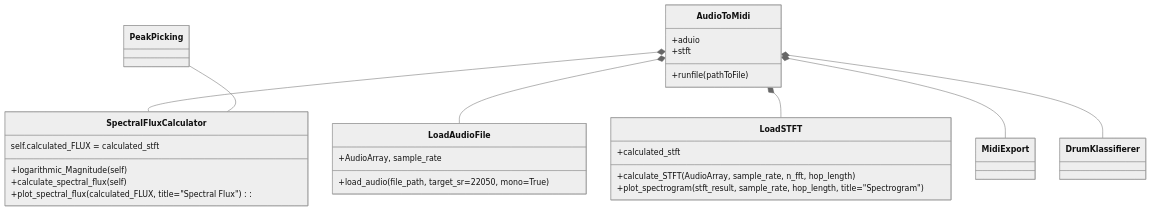
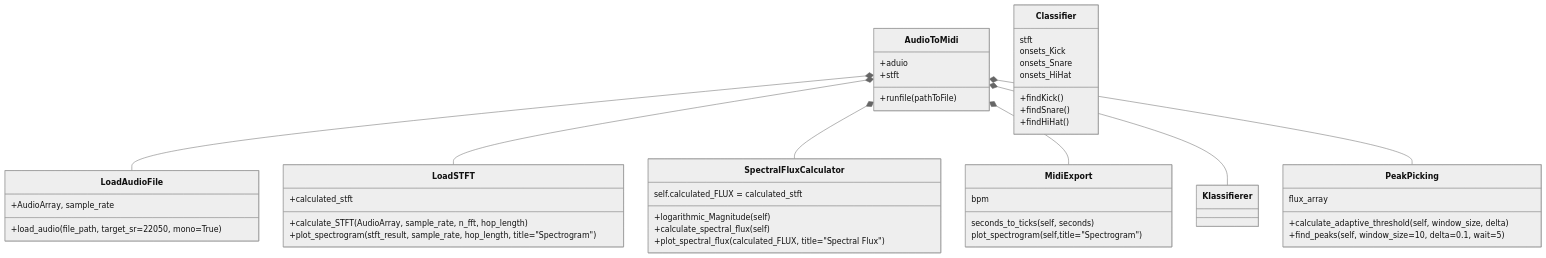
Before and after one commit to petwie/Audio-to-MIDI: the diagram in ClassDiagramm/Classes.mmd, drawn with Mermaid (neutral theme). The commit also changed other lines of this file and 3 other files, not shown here.

```diff
--- a/ClassDiagramm/Classes.mmd
+++ b/ClassDiagramm/Classes.mmd
@@ -1,49 +1,64 @@
 classDiagram
 
 direction TB
     class LoadAudioFile{
 
         +AudioArray, sample_rate
         +load_audio(file_path, target_sr=22050, mono=True)
         
     }
 
     class SpectralFluxCalculator{
 
         self.calculated_FLUX = calculated_stft
         
         +logarithmic_Magnitude(self)
         +calculate_spectral_flux(self)
-        +plot_spectral_flux(calculated_FLUX, title="Spectral Flux"):
+        +plot_spectral_flux(calculated_FLUX, title="Spectral Flux")
 
     }
 
     class PeakPicking{
+        flux_array
+
+        +calculate_adaptive_threshold(self, window_size, delta)
+        +find_peaks(self, window_size=10, delta=0.1, wait=5)
+
     }
 
     class AudioToMidi{
         +aduio
         +stft
         +runfile(pathToFile)
     }
 
     class MidiExport{
+        bpm
+        seconds_to_ticks(self, seconds)
+        plot_spectrogram(self,title="Spectrogram")
 
     }
 
-    class DrumKlassifierer{
+    class Classifier{
+        stft
+        onsets_Kick
+        onsets_Snare
+        onsets_HiHat
 
+        +findKick()
+        +findSnare()
+        +findHiHat()
     }
 
     class  LoadSTFT{
         +calculated_stft
         +calculate_STFT(AudioArray, sample_rate, n_fft, hop_length)
         +plot_spectrogram(stft_result, sample_rate, hop_length, title="Spectrogram")
     }
 
     AudioToMidi *-- LoadAudioFile
     AudioToMidi *-- LoadSTFT
     AudioToMidi *-- SpectralFluxCalculator
     AudioToMidi *-- MidiExport
-    AudioToMidi *-- DrumKlassifierer
-    PeakPicking -- SpectralFluxCalculator
+    AudioToMidi *-- Klassifierer
+    AudioToMidi *-- PeakPicking
```
